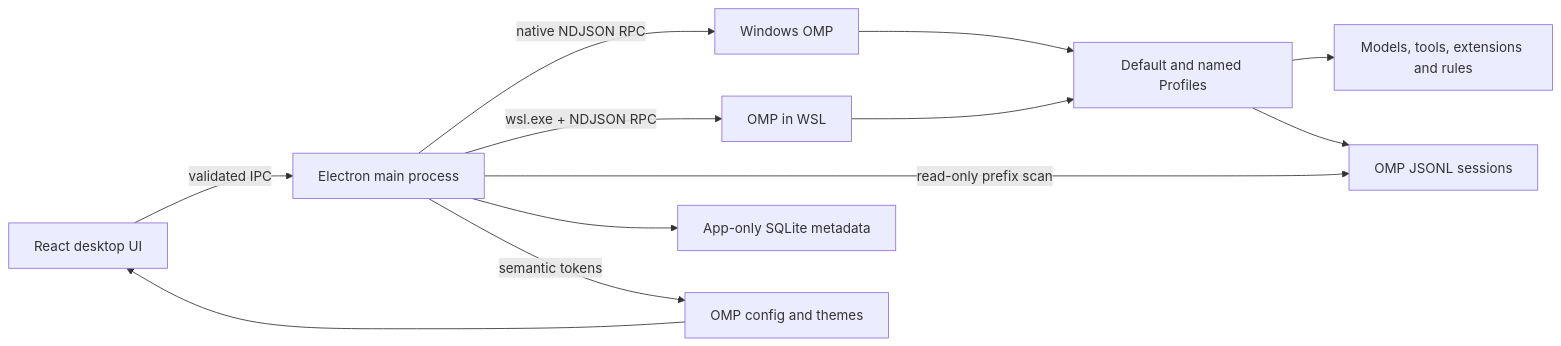
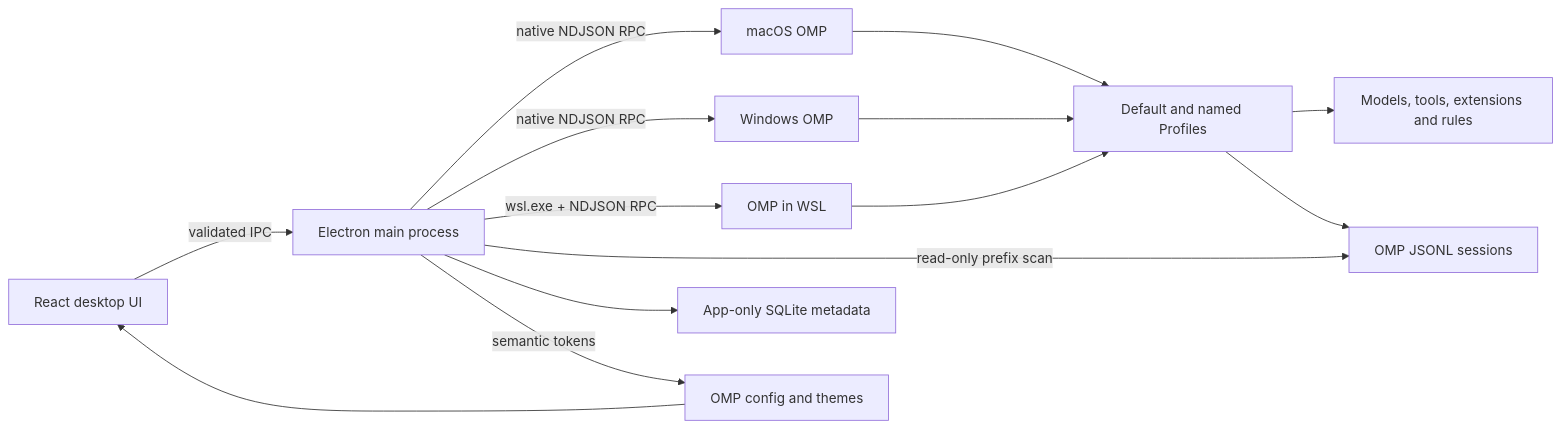
One commit to Eijnewgnaw/omp-desktop changed the diagram in docs/ARCHITECTURE.md. Above: the diagram before and after it, drawn with Mermaid. The commit also changed other lines of this file and 31 other files, not shown here.

Commit message:
feat: add native macOS support

````diff
--- a/docs/ARCHITECTURE.md
+++ b/docs/ARCHITECTURE.md
@@ -5,14 +5,16 @@
 ```mermaid
 flowchart LR
   UI["React desktop UI"] -->|"validated IPC"| Main["Electron main process"]
+  Main -->|"native NDJSON RPC"| Mac["macOS OMP"]
   Main -->|"native NDJSON RPC"| Native["Windows OMP"]
   Main -->|"wsl.exe + NDJSON RPC"| WSL["OMP in WSL"]
   Native --> Profiles["Default and named Profiles"]
+  Mac --> Profiles
   WSL --> Profiles
   Profiles --> Models["Models, tools, extensions and rules"]
   Main -->|"read-only prefix scan"| Sessions["OMP JSONL sessions"]
   Main --> Metadata["App-only SQLite metadata"]
   Profiles --> Sessions
   Main -->|"semantic tokens"| Themes["OMP config and themes"]
   Themes --> UI
 ```
````
